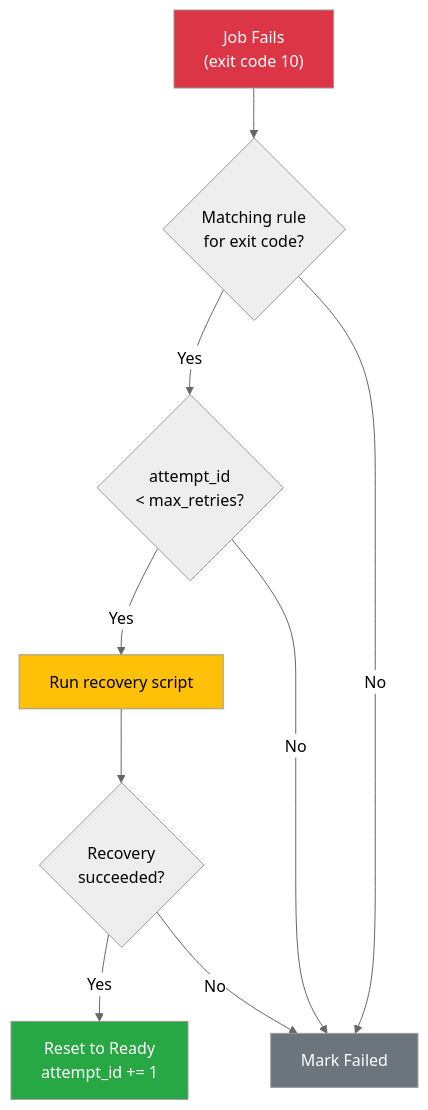
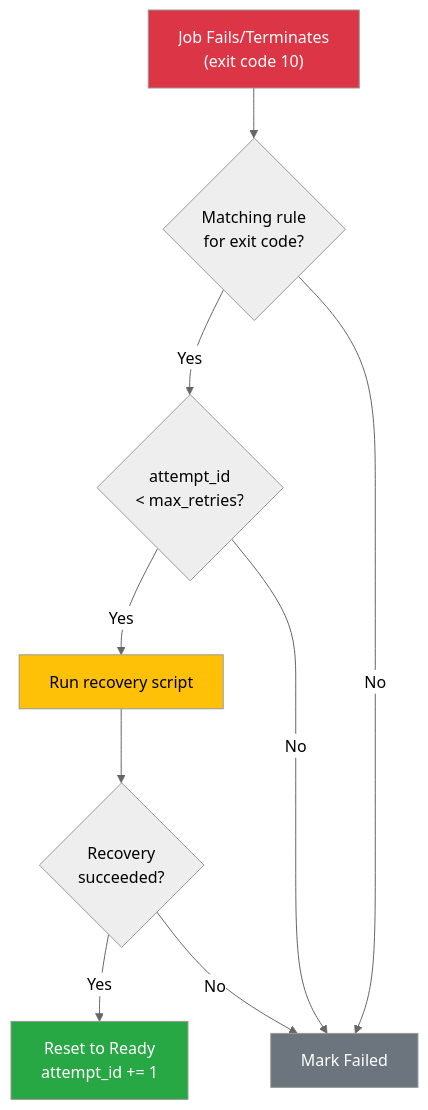
One commit to nreinicke/torc changed the first of 2 diagrams in docs/src/specialized/fault-tolerance/failure-handlers.md. Above: the diagram before and after it, drawn with Mermaid (neutral theme). The commit also changed other lines of this file and 1 other file, not shown here.

````diff
--- a/docs/src/specialized/fault-tolerance/failure-handlers.md
+++ b/docs/src/specialized/fault-tolerance/failure-handlers.md
@@ -70,24 +71,24 @@
 ```mermaid
 flowchart TD
-    fail["Job Fails<br/>(exit code 10)"]
+    fail["Job Fails/Terminates<br/>(exit code 10)"]
     match{"Matching rule<br/>for exit code?"}
     retry{"attempt_id<br/>< max_retries?"}
     recovery["Run recovery script"]
     success{"Recovery<br/>succeeded?"}
     reset["Reset to Ready<br/>attempt_id += 1"]
     failed["Mark Failed"]
 
     fail --> match
     match -->|Yes| retry
     match -->|No| failed
     retry -->|Yes| recovery
     retry -->|No| failed
     recovery --> success
     success -->|Yes| reset
     success -->|No| failed
 
     style fail fill:#dc3545,color:#fff
     style reset fill:#28a745,color:#fff
     style failed fill:#6c757d,color:#fff
     style recovery fill:#ffc107,color:#000
 ```
````
